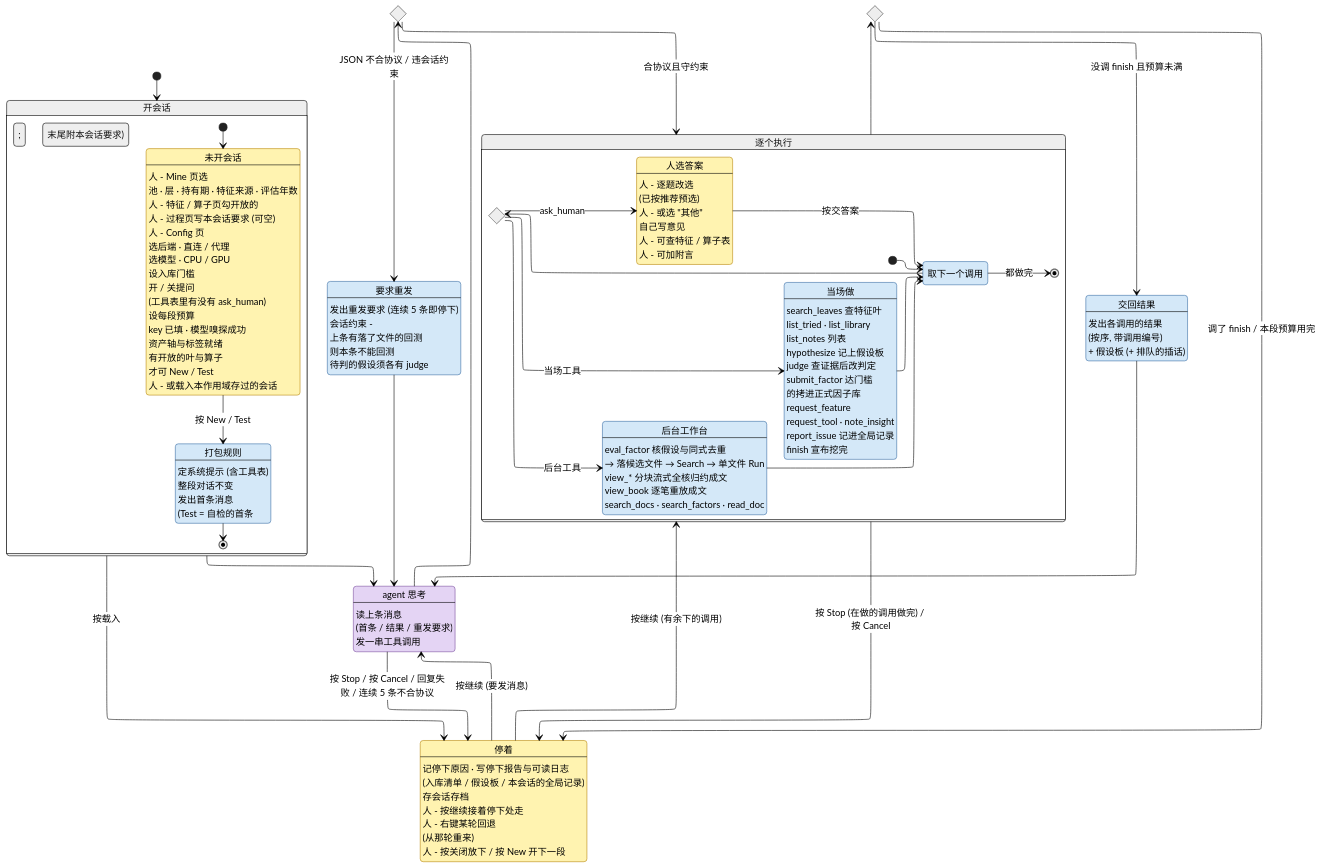
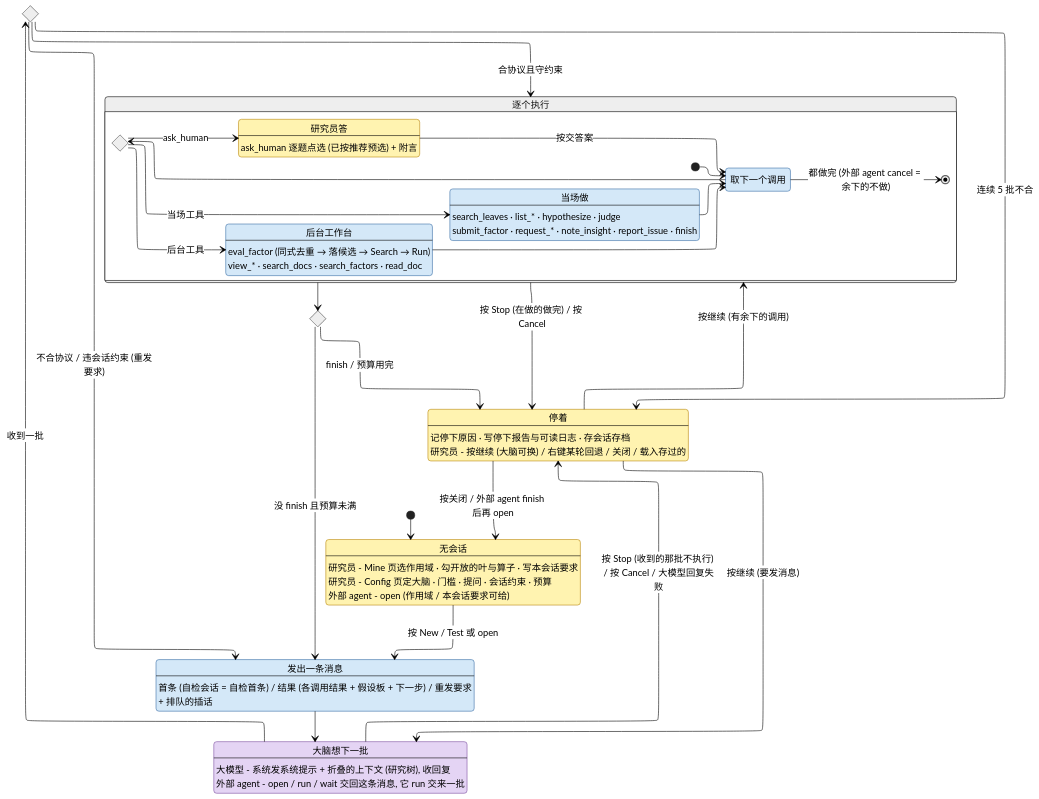
Before and after one commit to CoCoMilkyWay/stk: the diagram in AGENT.md, drawn with Mermaid (neutral theme). The commit also changed other lines of this file and 20 other files, not shown here.

````diff
--- a/AGENT.md
+++ b/AGENT.md
@@ -148,76 +71,33 @@
 stateDiagram-v2
     direction TB
 
-    state "开会话" as GOpen {
-        state "未开会话" as None
-        None : 人 - Mine 页选
-        None : 池 · 层 · 持有期 · 特征来源 · 评估年数
-        None : 人 - 特征 / 算子页勾开放的
-        None : 人 - 过程页写本会话要求 (可空)
-        None : 人 - Config 页
-        None : 选后端 · 直连 / 代理
-        None : 选模型 · CPU / GPU
-        None : 设入库门槛
-        None : 开 / 关提问
-        None : (工具表里有没有 ask_human)
-        None : 设每段预算
-        None : key 已填 · 模型嗅探成功
-        None : 资产轴与标签就绪
-        None : 有开放的叶与算子
-        None : 才可 New / Test
-        None : 人 - 或载入本作用域存过的会话
-        state "打包规则" as Pack
-        Pack : 定系统提示 (含工具表)
-        Pack : 整段对话不变
-        Pack : 发出首条消息
-        Pack : (Test = 自检的首条; 末尾附本会话要求)
+    state "无会话" as None
+    None : 研究员 - Mine 页选作用域 · 勾开放的叶与算子 · 写本会话要求
+    None : 研究员 - Config 页定大脑 · 门槛 · 提问 · 会话约束 · 预算
+    None : 外部 agent - open (作用域 / 本会话要求可给)
 
-        [*] --> None
-        None --> Pack : 按 New / Test
-        Pack --> [*]
-    }
+    state "发出一条消息" as Post
+    Post : 首条 (自检会话 = 自检首条) / 结果 (各调用结果 + 假设板 + 下一步) / 重发要求
+    Post : + 排队的插话
 
-    state "agent 思考" as Think
-    Think : 读上条消息
-    Think : (首条 / 结果 / 重发要求)
-    Think : 发一串工具调用
+    state "大脑想下一批" as Think
+    Think : 大模型 - 系统发系统提示 + 折叠的上下文 (研究树), 收回复
+    Think : 外部 agent - open / run / wait 交回这条消息, 它 run 交来一批
+
     state Format <<choice>>
-    state "要求重发" as Retry
-    Retry : 发出重发要求 (连续 5 条即停下)
-    Retry : 会话约束 -
-    Retry : 上条有落了文件的回测
-    Retry : 则本条不能回测
-    Retry : 待判的假设须各有 judge
 
-    state "逐个执行" as GAct {
+    state "逐个执行" as Act {
         direction LR
         state "取下一个调用" as Next
         state Kind <<choice>>
         state "当场做" as Sync
-        Sync : search_leaves 查特征叶
-        Sync : list_tried · list_library
-        Sync : list_notes 列表
-        Sync : hypothesize 记上假设板
-        Sync : judge 查证据后改判定
-        Sync : submit_factor 达门槛
-        Sync : 的拷进正式因子库
-        Sync : request_feature
-        Sync : request_tool · note_insight
-        Sync : report_issue 记进全局记录
-        Sync : finish 宣布挖完
+        Sync : search_leaves · list_* · hypothesize · judge
+        Sync : submit_factor · request_* · note_insight · report_issue · finish
         state "后台工作台" as Lab
-        Lab : eval_factor 核假设与同式去重
-        Lab : → 落候选文件 → Search → 单文件 Run
-        Lab : view_* 分块流式全核归约成文
-        Lab : view_book 逐笔重放成文
-        Lab : search_docs · search_factors · read_doc
-        state "人选答案" as Choose
-        Choose : 人 - 逐题改选
-        Choose : (已按推荐预选)
-        Choose : 人 - 或选 "其他"
-        Choose : 自己写意见
-        Choose : 人 - 可查特征 / 算子表
-        Choose : 人 - 可加附言
+        Lab : eval_factor (同式去重 → 落候选 → Search → Run)
+        Lab : view_* · search_docs · search_factors · read_doc
+        state "研究员答" as Choose
+        Choose : ask_human 逐题点选 (已按推荐预选) + 附言
 
         [*] --> Next
         Next --> Kind
@@ -227,43 +107,34 @@
         Sync --> Next
         Lab --> Next
         Choose --> Next : 按交答案
-        Next --> [*] : 都做完
+        Next --> [*] : 都做完 (外部 agent cancel = 余下的不做)
     }
     state Fin <<choice>>
-    state "交回结果" as Round
-    Round : 发出各调用的结果
-    Round : (按序, 带调用编号)
-    Round : + 假设板 (+ 排队的插话)
 
     state "停着" as Pause
-    Pause : 记停下原因 · 写停下报告与可读日志
-    Pause : (入库清单 / 假设板 / 本会话的全局记录)
-    Pause : 存会话存档
-    Pause : 人 - 按继续接着停下处走
-    Pause : 人 - 右键某轮回退
-    Pause : (从那轮重来)
-    Pause : 人 - 按关闭放下 / 按 New 开下一段
+    Pause : 记停下原因 · 写停下报告与可读日志 · 存会话存档
+    Pause : 研究员 - 按继续 (大脑可换) / 右键某轮回退 / 关闭 / 载入存过的
 
-    [*] --> GOpen
-    GOpen --> Think
-    GOpen --> Pause : 按载入
-    Think --> Format
-    Format --> Retry : JSON 不合协议 / 违会话约束
-    Format --> GAct : 合协议且守约束
-    Retry --> Think
-    GAct --> Fin
-    Fin --> Round : 没调 finish 且预算未满
-    Fin --> Pause : 调了 finish / 本段预算用完
-    Round --> Think
-    Think --> Pause : 按 Stop / 按 Cancel / 回复失败 / 连续 5 条不合协议
-    GAct --> Pause : 按 Stop (在做的调用做完) / 按 Cancel
+    [*] --> None
+    None --> Post : 按 New / Test 或 open
+    Post --> Think
+    Think --> Format : 收到一批
+    Format --> Post : 不合协议 / 违会话约束 (重发要求)
+    Format --> Act : 合协议且守约束
+    Act --> Fin
+    Fin --> Post : 没 finish 且预算未满
+    Fin --> Pause : finish / 预算用完
+    Format --> Pause : 连续 5 批不合
+    Think --> Pause : 按 Stop (收到的那批不执行) / 按 Cancel / 大模型回复失败
+    Act --> Pause : 按 Stop (在做的做完) / 按 Cancel
     Pause --> Think : 按继续 (要发消息)
-    Pause --> GAct : 按继续 (有余下的调用)
+    Pause --> Act : 按继续 (有余下的调用)
+    Pause --> None : 按关闭 / 外部 agent finish 后再 open
 
     classDef human fill:#fff3b0,stroke:#b8860b,color:#000
-    classDef agent fill:#e4d4f4,stroke:#7b4fa0,color:#000
+    classDef brain fill:#e4d4f4,stroke:#7b4fa0,color:#000
     classDef sys fill:#d4e8f8,stroke:#3a6ea5,color:#000
     class None, Choose, Pause human
-    class Think agent
-    class Pack, Retry, Next, Sync, Lab, Round sys
+    class Think brain
+    class Post, Next, Sync, Lab sys
 ```
````
